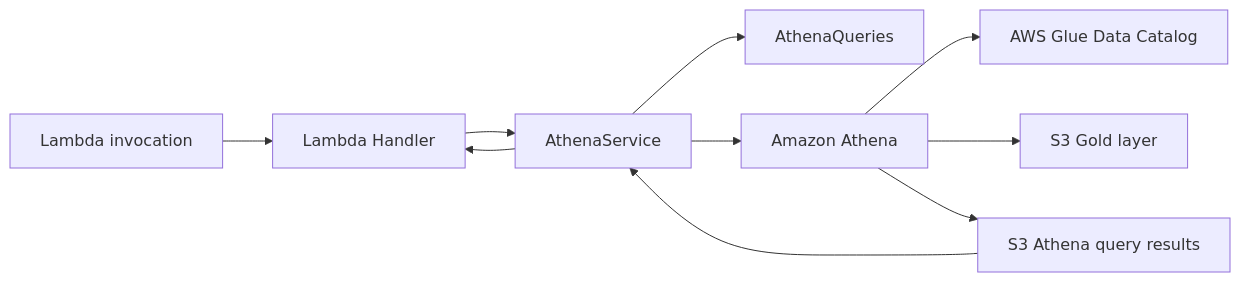
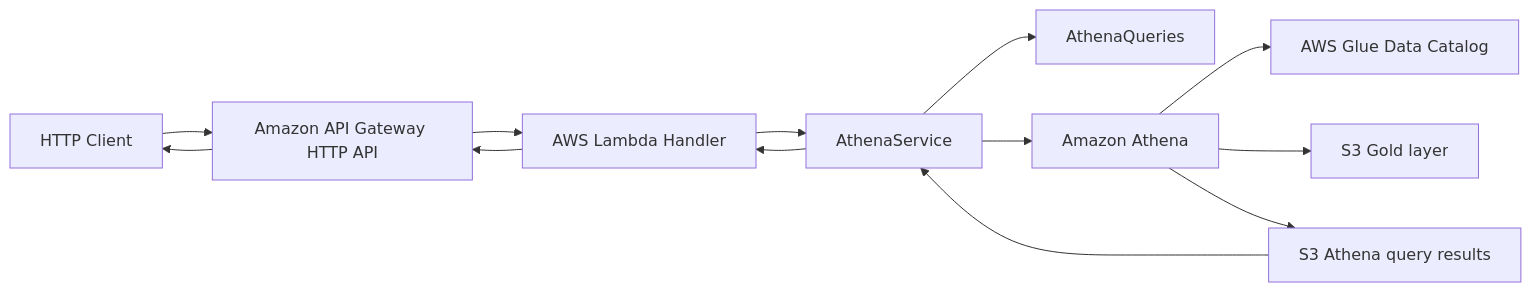
The diagram in docs/analytics-api.md (Yhodiux/aws-retail-data-platform), drawn with Mermaid before and after one commit. The commit also changed other lines of this file and 13 other files, not shown here.

Commit message:
feat: complete Analytics API with API Gateway

````diff
--- a/docs/analytics-api.md
+++ b/docs/analytics-api.md
@@ -43,21 +41,25 @@
 ```mermaid
 flowchart LR
-    Consumer[Lambda invocation]
-    Handler[Lambda Handler]
+    Client[HTTP Client]
+    Gateway[Amazon API Gateway HTTP API]
+    Handler[AWS Lambda Handler]
     Service[AthenaService]
     Repository[AthenaQueries]
     Athena[Amazon Athena]
     Catalog[AWS Glue Data Catalog]
     Gold[S3 Gold layer]
     Results[S3 Athena query results]
 
-    Consumer --> Handler
+    Client --> Gateway
+    Gateway --> Handler
     Handler --> Service
     Service --> Repository
     Service --> Athena
     Athena --> Catalog
     Athena --> Gold
     Athena --> Results
     Results --> Service
     Service --> Handler
+    Handler --> Gateway
+    Gateway --> Client
 ```
````
